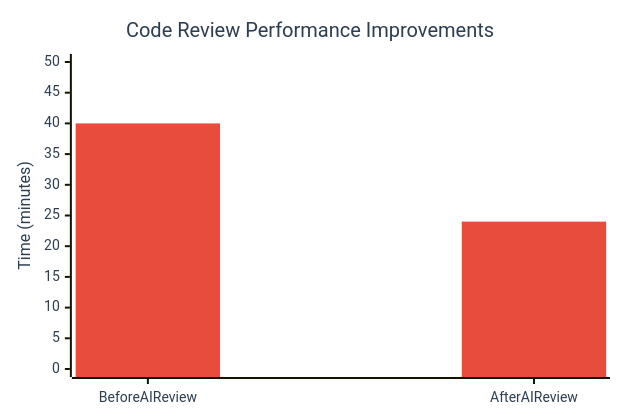
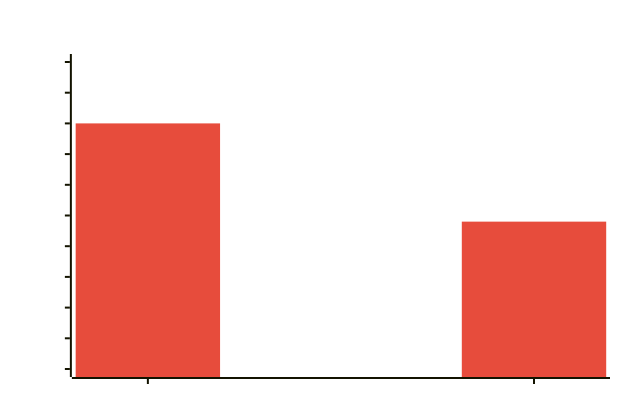
The fourth of 20 diagrams in README.md (PriscillaOng12/AI-Code-Review-Squad), drawn with Mermaid before and after one commit. The commit also changed other lines of this file, not shown here.

````diff
--- a/README.md
+++ b/README.md
@@ -156,8 +156,8 @@
 ```mermaid
-%%{init: {'xyChart': {'width': 600, 'height': 400}, 'themeVariables': {'xyChart': {'backgroundColor': '#ffffff', 'titleColor': '#2c3e50', 'xAxisTitleColor': '#2c3e50', 'yAxisTitleColor': '#2c3e50', 'xAxisLabelColor': '#2c3e50', 'yAxisLabelColor': '#2c3e50', 'plotColorPalette': '#e74c3c, #27ae60'}}}}%%
+%%{init: {'xyChart': {'width': 600, 'height': 400}, 'themeVariables': {'xyChart': {'backgroundColor': 'transparent', 'titleColor': '#ffffff', 'xAxisTitleColor': '#ffffff', 'yAxisTitleColor': '#ffffff', 'xAxisLabelColor': '#ffffff', 'yAxisLabelColor': '#ffffff', 'plotColorPalette': '#e74c3c, #27ae60'}}}}%%
 xychart-beta
     title "Code Review Performance Improvements"
     x-axis [Before AI Review, After AI Review]
     y-axis "Time (minutes)" 0 --> 50
     bar [40, 24]
 ```
````
